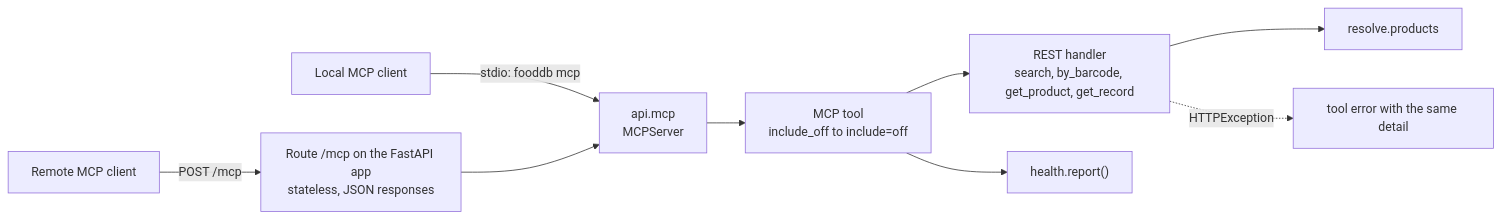
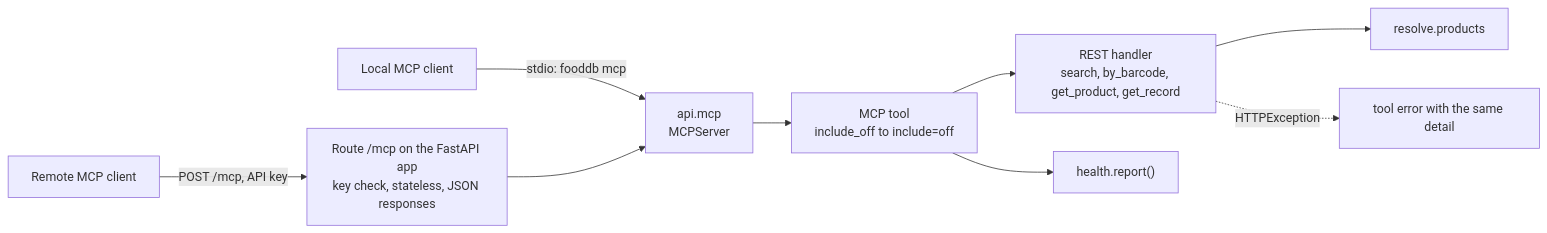
The tenth of 12 diagrams in docs/architecture.md (eait-fit/fooddb), drawn with Mermaid before and after one commit. The commit also changed other lines of this file and 16 other files, not shown here.

````diff
--- a/docs/architecture.md
+++ b/docs/architecture.md
@@ -649,10 +669,10 @@
 ```mermaid
 flowchart LR
     local["Local MCP client"] -->|"stdio: fooddb mcp"| srv["api.mcp<br/>MCPServer"]
-    remote["Remote MCP client"] -->|"POST /mcp"| route["Route /mcp on the FastAPI app<br/>stateless, JSON responses"] --> srv
+    remote["Remote MCP client"] -->|"POST /mcp, API key"| route["Route /mcp on the FastAPI app<br/>key check, stateless, JSON responses"] --> srv
     srv --> tool["MCP tool<br/>include_off to include=off"]
     tool --> h["REST handler<br/>search, by_barcode, get_product, get_record"]
     tool --> rep["health.report()"]
     h --> R["resolve.products"]
     h -.->|"HTTPException"| err["tool error with the same detail"]
 ```
````
